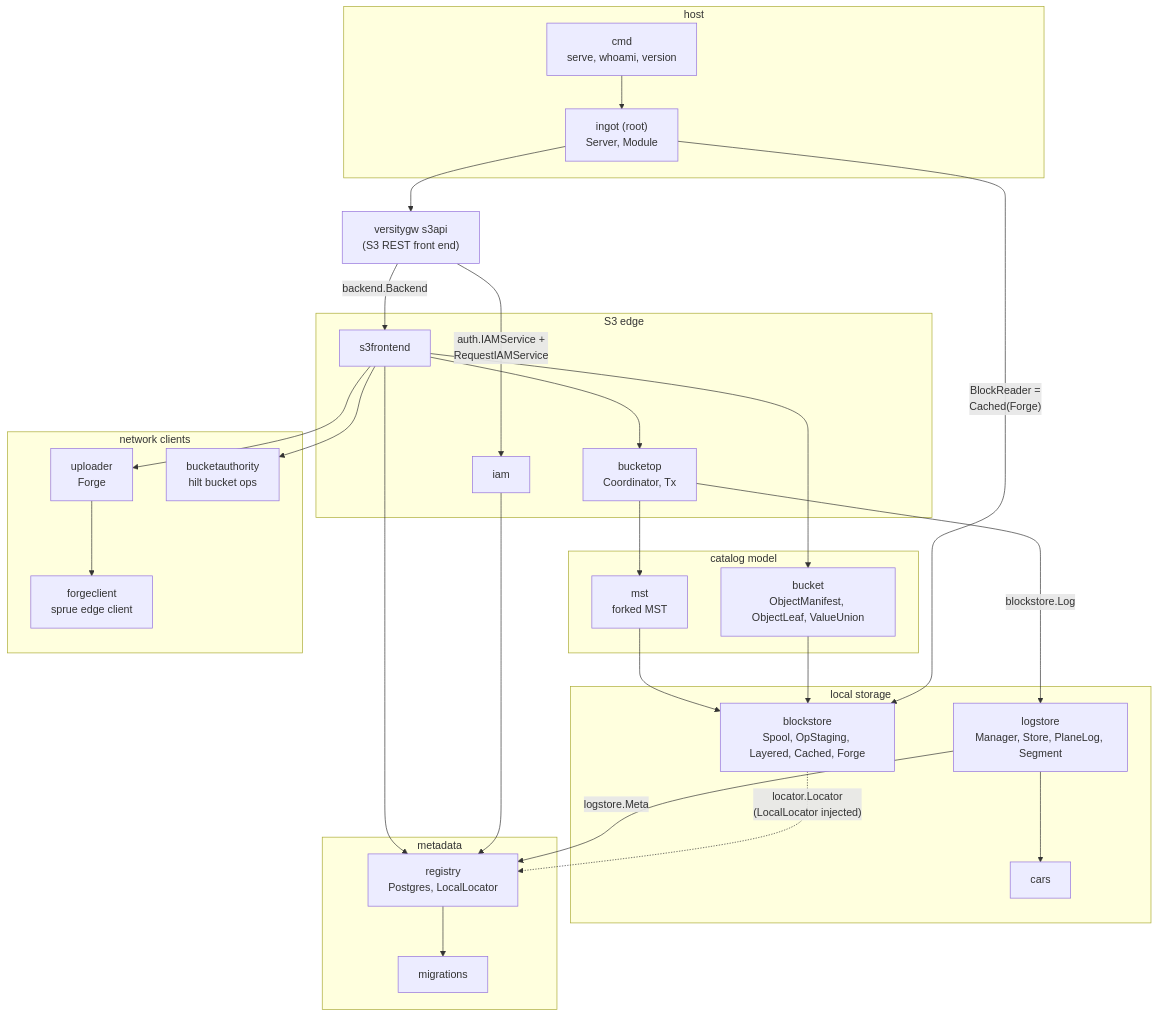
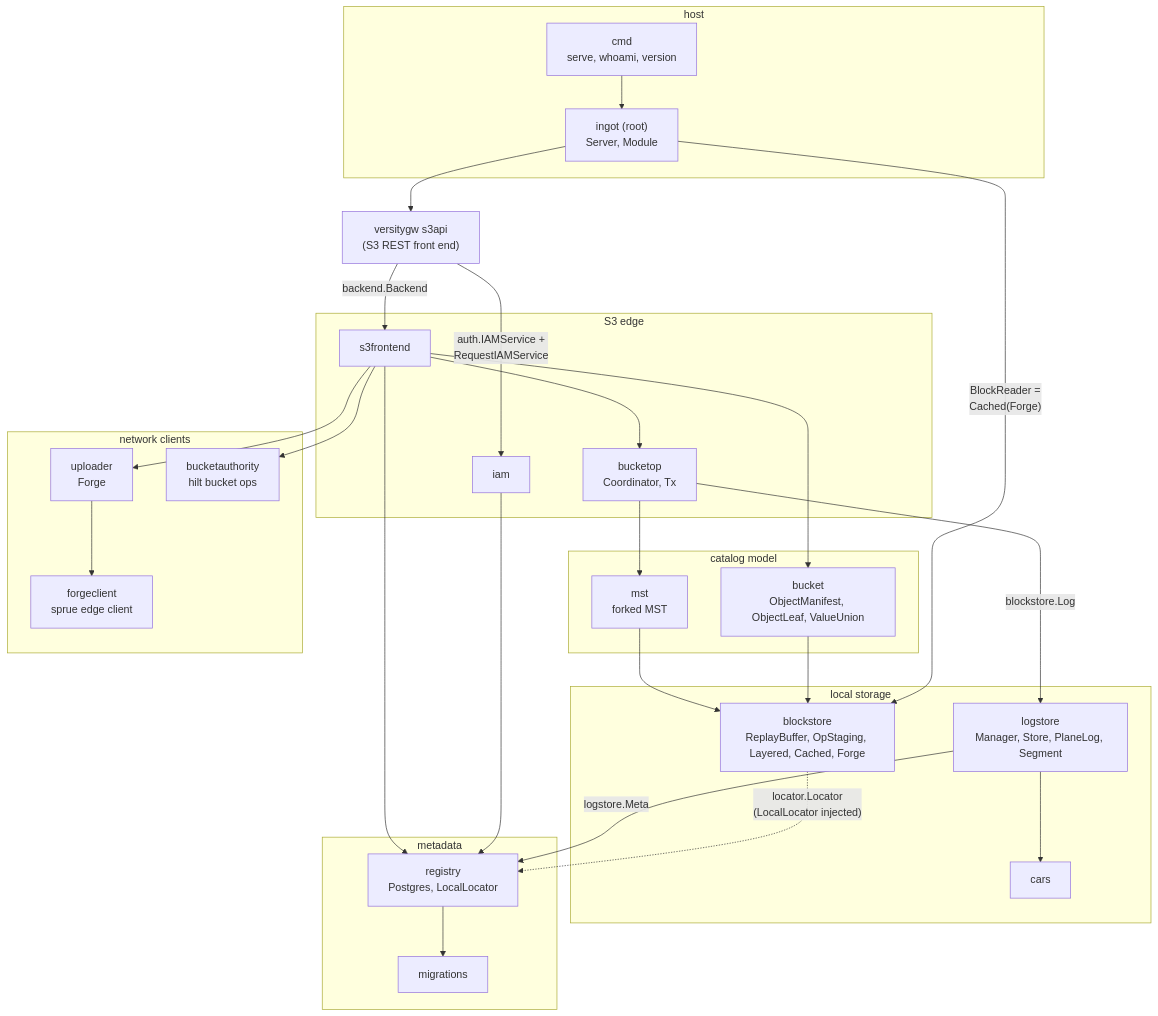
Before and after one commit to fil-forge/ingot: the second of 14 diagrams in docs/diagrams.md, drawn with Mermaid. The commit also changed other lines of this file and 41 other files, not shown here.

````diff
--- a/docs/diagrams.md
+++ b/docs/diagrams.md
@@ -92,58 +92,58 @@
 ```mermaid
 flowchart TB
     vgw["versitygw s3api<br/>(S3 REST front end)"]
 
     subgraph edge["S3 edge"]
         s3f["s3frontend"]
         iam["iam"]
         bop["bucketop<br/>Coordinator, Tx"]
     end
 
     subgraph model["catalog model"]
         bkt["bucket<br/>ObjectManifest, ObjectLeaf, ValueUnion"]
         mst["mst<br/>forked MST"]
     end
 
     subgraph store["local storage"]
-        bs["blockstore<br/>Spool, OpStaging, Layered, Cached, Forge"]
+        bs["blockstore<br/>ReplayBuffer, OpStaging, Layered, Cached, Forge"]
         ls["logstore<br/>Manager, Store, PlaneLog, Segment"]
         cars["cars"]
     end
 
     subgraph meta["metadata"]
         reg["registry<br/>Postgres, LocalLocator"]
         mig["migrations"]
     end
 
     subgraph net["network clients"]
         up["uploader<br/>Forge"]
         fc["forgeclient<br/>sprue edge client"]
         ba["bucketauthority<br/>hilt bucket ops"]
     end
 
     subgraph host["host"]
         root["ingot (root)<br/>Server, Module"]
         cmd["cmd<br/>serve, whoami, version"]
     end
 
     vgw -->|"backend.Backend"| s3f
     vgw -->|"auth.IAMService +<br/>RequestIAMService"| iam
     s3f --> bop
     s3f --> bkt
     s3f --> reg
     s3f --> up
     s3f --> ba
     bop -->|"blockstore.Log"| ls
     bop --> mst
     mst --> bs
     bkt --> bs
     ls --> cars
     ls -->|"logstore.Meta"| reg
     bs -.->|"locator.Locator<br/>(LocalLocator injected)"| reg
     up --> fc
     iam --> reg
     reg --> mig
     cmd --> root
     root --> vgw
     root -->|"BlockReader =<br/>Cached(Forge)"| bs
 ```
````
